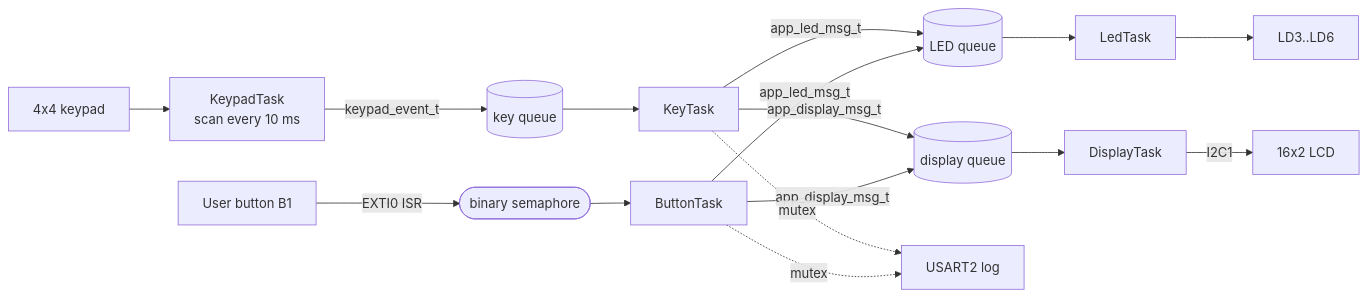
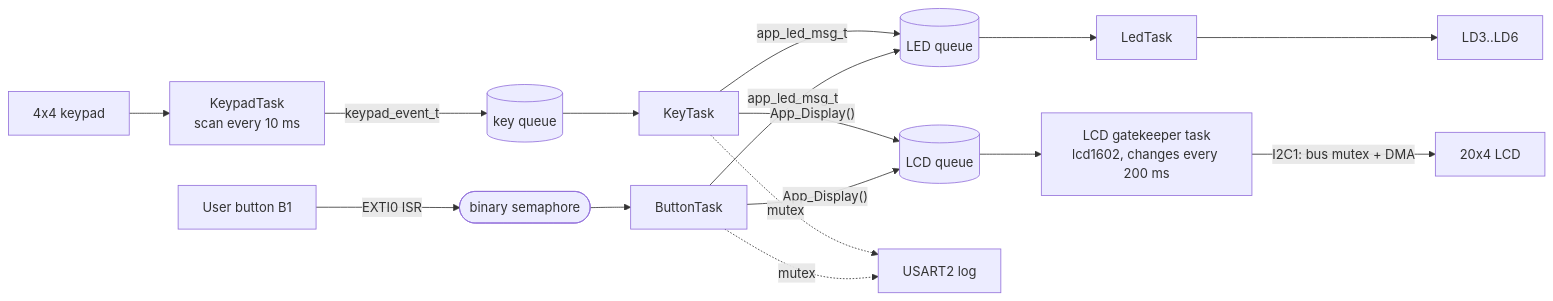
One commit to blurbler2/stm32f411-freertos-keypad changed the diagram in README.md. Above: the diagram before and after it, drawn with Mermaid. The commit also changed other lines of this file and 17 other files, not shown here.

First line of the commit message:
feat: add FreeRTOS LCD driver lcd1602 for the 20x4 I2C display

````diff
--- a/README.md
+++ b/README.md
@@ -10,18 +11,18 @@
 ```mermaid
 flowchart LR
     KP[4x4 keypad] --> KT[KeypadTask<br/>scan every 10 ms]
     KT -- keypad_event_t --> Q1[(key queue)]
     Q1 --> KEY[KeyTask]
     KEY -- app_led_msg_t --> Q2[(LED queue)]
     BTN[User button B1] -- EXTI0 ISR --> SEM([binary semaphore])
     SEM --> BT[ButtonTask]
     BT -- app_led_msg_t --> Q2
     Q2 --> LED[LedTask]
     LED --> LEDS[LD3..LD6]
-    KEY -- app_display_msg_t --> Q3[(display queue)]
-    BT -- app_display_msg_t --> Q3
-    Q3 --> DT[DisplayTask]
-    DT -- I2C1 --> LCD[16x2 LCD]
+    KEY -- "App_Display()" --> Q3[(LCD queue)]
+    BT -- "App_Display()" --> Q3
+    Q3 --> GK[LCD gatekeeper task<br/>lcd1602, changes every 200 ms]
+    GK -- "I2C1: bus mutex + DMA" --> LCD[20x4 LCD]
     KEY -. mutex .-> UART[USART2 log]
     BT -. mutex .-> UART
 ```
````
